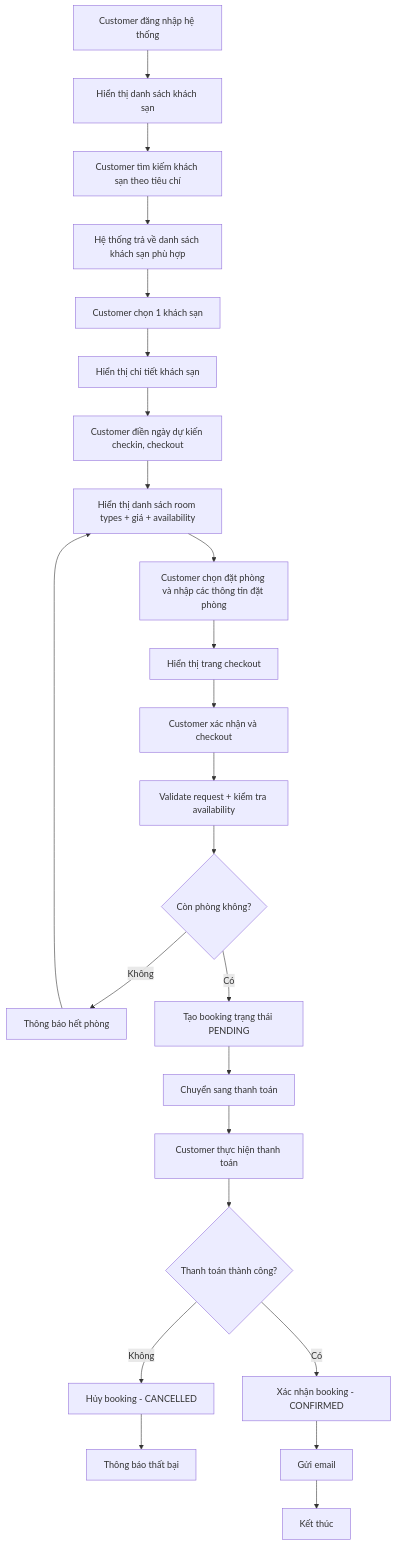
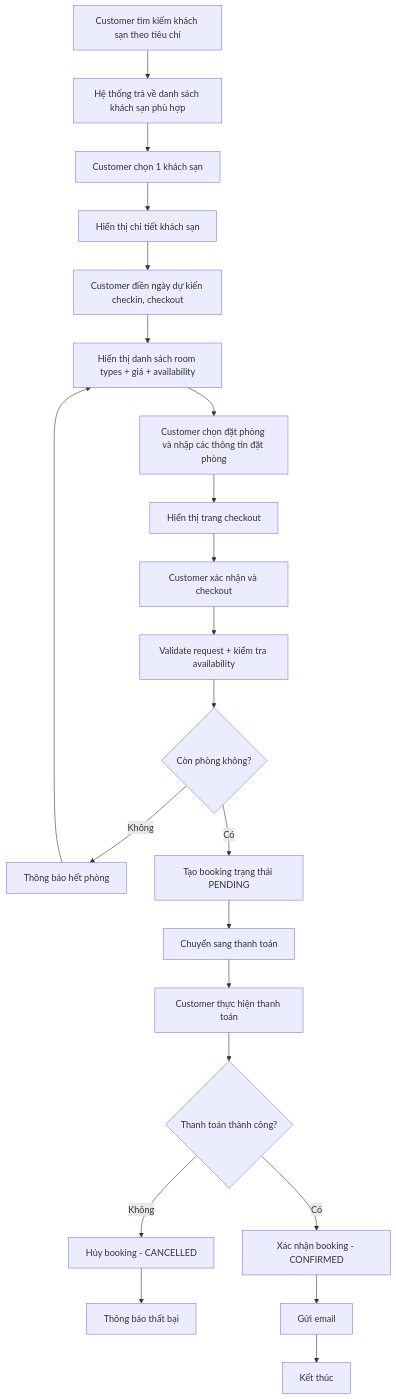
The first of 5 diagrams in docs/analysis-and-design.md (dqminh2411/hotel-booking-microservices), drawn with Mermaid before and after one commit. The commit also changed 19 other files, not shown here.

````diff
--- a/docs/analysis-and-design.md
+++ b/docs/analysis-and-design.md
@@ -37,41 +37,41 @@
 ```mermaid
 flowchart TD
 
-A[Customer đăng nhập hệ thống] --> B[Hiển thị danh sách khách sạn]
-B --> C[Customer tìm kiếm khách sạn theo tiêu chí]
+
+C[Customer tìm kiếm khách sạn theo tiêu chí]
 C --> D[Hệ thống trả về danh sách khách sạn phù hợp]
 
 D --> E[Customer chọn 1 khách sạn]
 E --> F[Hiển thị chi tiết khách sạn]
 
 F --> G[Customer điền ngày dự kiến checkin, checkout]
 G --> H[Hiển thị danh sách room types + giá + availability]
 
 H --> I[Customer chọn đặt phòng và nhập các thông tin đặt phòng]
 I --> J[Hiển thị trang checkout]
 
 J --> K[Customer xác nhận và checkout]
 
 K --> L[Validate request + kiểm tra availability]
 
 L --> M{Còn phòng không?}
 
 M -->|Không| N[Thông báo hết phòng]
 N --> H
 
 M -->|Có| O[Tạo booking trạng thái PENDING]
 
 O --> P[Chuyển sang thanh toán]
 
 P --> Q[Customer thực hiện thanh toán]
 
 Q --> R{Thanh toán thành công?}
 
 R -->|Không| S[Hủy booking - CANCELLED]
 S --> T[Thông báo thất bại]
 
 R -->|Có| U[Xác nhận booking - CONFIRMED]
 U --> V[Gửi email]
 
 V --> W[Kết thúc]
 ```
````
